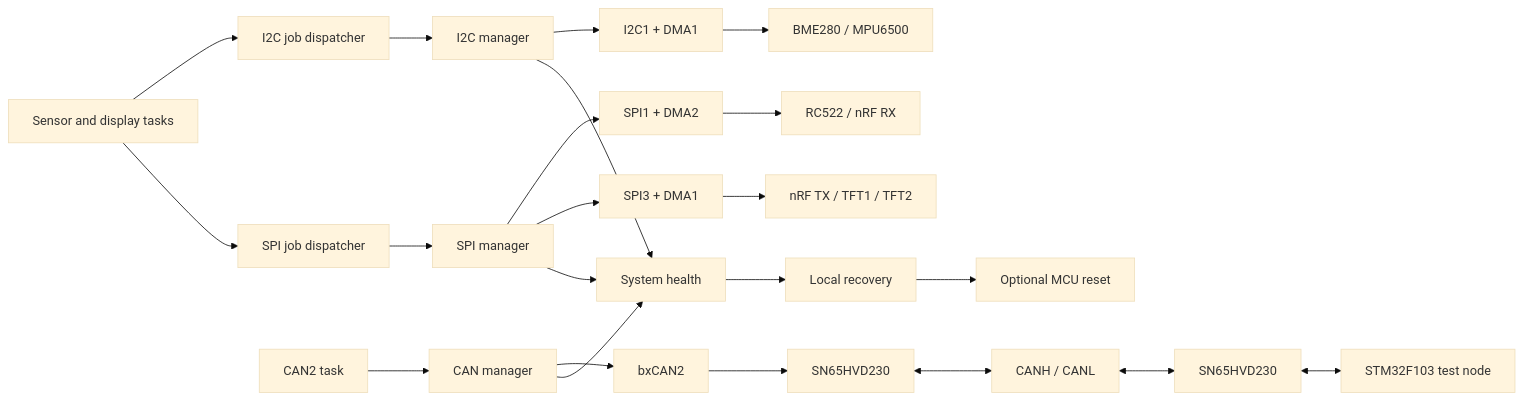
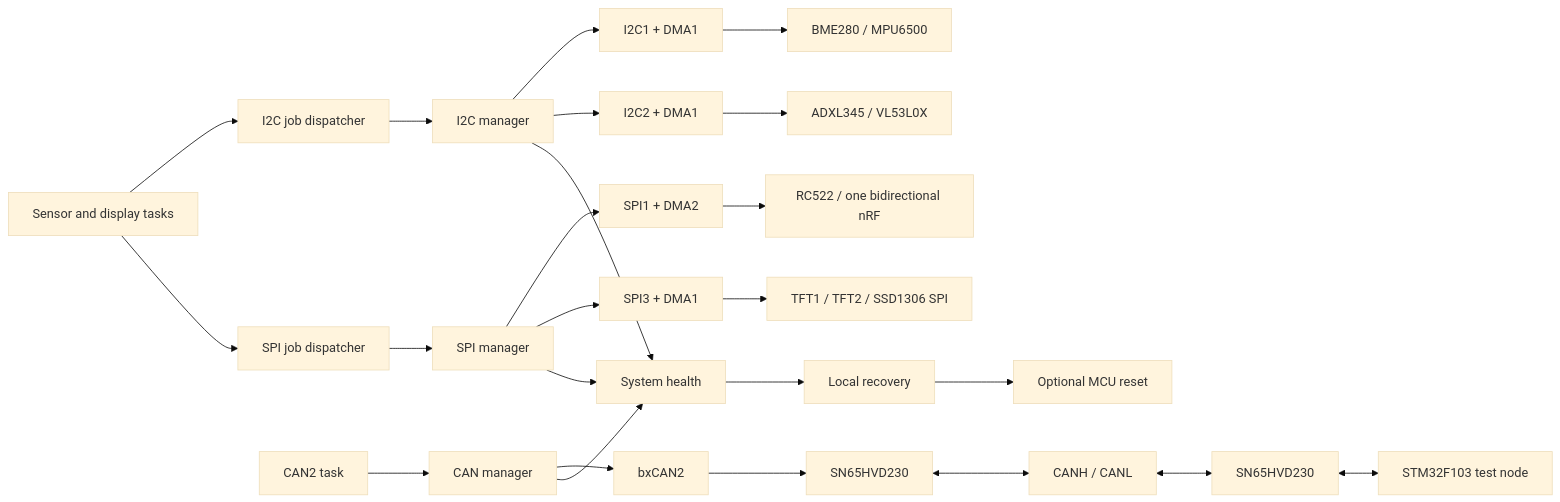
One commit to mechacoredev/stm32f4-freertos-multi-device-hub changed the diagram in README.md. Above: the diagram before and after it, drawn with Mermaid (base theme). The commit also changed other lines of this file and 33 other files, not shown here.

````diff
--- a/README.md
+++ b/README.md
@@ -28,28 +29,30 @@
 ```mermaid
 flowchart LR
     Sensors[Sensor and display tasks] --> I2CQ[I2C job dispatcher]
     Sensors --> SPIQ[SPI job dispatcher]
     CANApp[CAN2 task] --> CANM[CAN manager]
 
     I2CQ --> I2CM[I2C manager]
     SPIQ --> SPIM[SPI manager]
 
     I2CM --> I2C1[I2C1 + DMA1]
+    I2CM --> I2C2[I2C2 + DMA1]
     SPIM --> SPI1[SPI1 + DMA2]
     SPIM --> SPI3[SPI3 + DMA1]
     CANM --> CAN2[bxCAN2]
 
     I2C1 --> I2CDevices[BME280 / MPU6500]
-    SPI1 --> SPI1Devices[RC522 / nRF RX]
-    SPI3 --> SPI3Devices[nRF TX / TFT1 / TFT2]
+    I2C2 --> I2C2Devices[ADXL345 / VL53L0X]
+    SPI1 --> SPI1Devices[RC522 / one bidirectional nRF]
+    SPI3 --> SPI3Devices[TFT1 / TFT2 / SSD1306 SPI]
     CAN2 --> PHY1[SN65HVD230]
     PHY1 <--> Bus[CANH / CANL]
     Bus <--> PHY2[SN65HVD230]
     PHY2 <--> F103[STM32F103 test node]
 
     I2CM --> Health[System health]
     SPIM --> Health
     CANM --> Health
     Health --> Recovery[Local recovery]
     Recovery --> Reset[Optional MCU reset]
 ```
````
